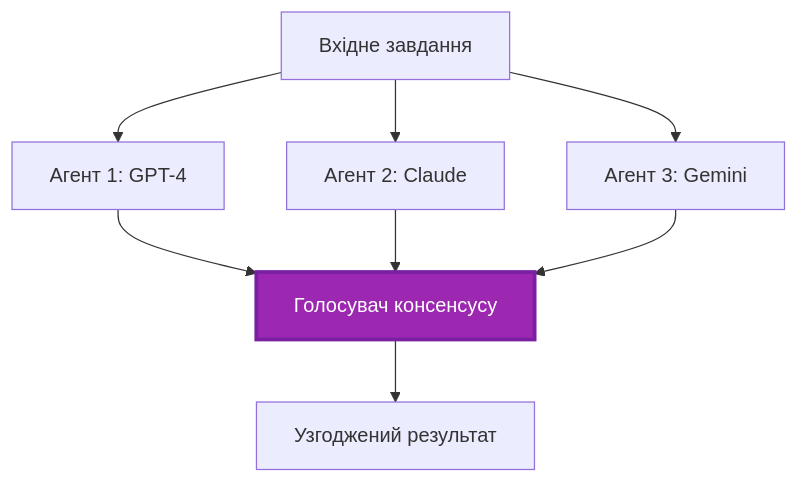
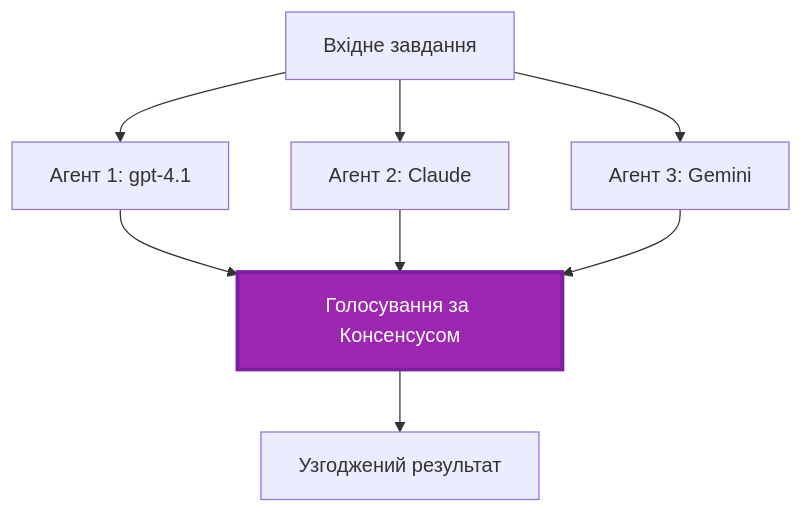
Before and after one commit to microsoft/AZD-for-beginners: the fifth of 6 diagrams in translations/uk/docs/chapter-06-pre-deployment/coordination-patterns.md, drawn with Mermaid. The commit also changed other lines of this file and 101 other files, not shown here.

````diff
--- a/translations/uk/docs/chapter-06-pre-deployment/coordination-patterns.md
+++ b/translations/uk/docs/chapter-06-pre-deployment/coordination-patterns.md
@@ -233,19 +225,19 @@
 ```mermaid
 graph TB
     Input[Вхідне завдання]
-    Agent1[Агент 1: GPT-4]
+    Agent1[Агент 1: gpt-4.1]
     Agent2[Агент 2: Claude]
     Agent3[Агент 3: Gemini]
-    Voter[Голосувач консенсусу]
+    Voter[Голосування за Консенсусом]
     Output[Узгоджений результат]
     
     Input --> Agent1
     Input --> Agent2
     Input --> Agent3
     Agent1 --> Voter
     Agent2 --> Voter
     Agent3 --> Voter
     Voter --> Output
     
     style Voter fill:#9C27B0,stroke:#7B1FA2,stroke-width:3px,color:#fff
 ```
````
